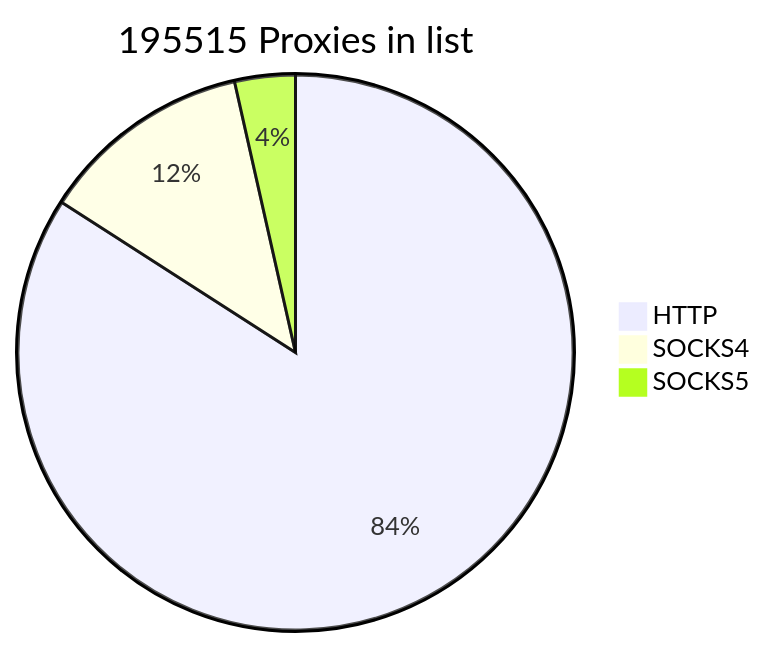
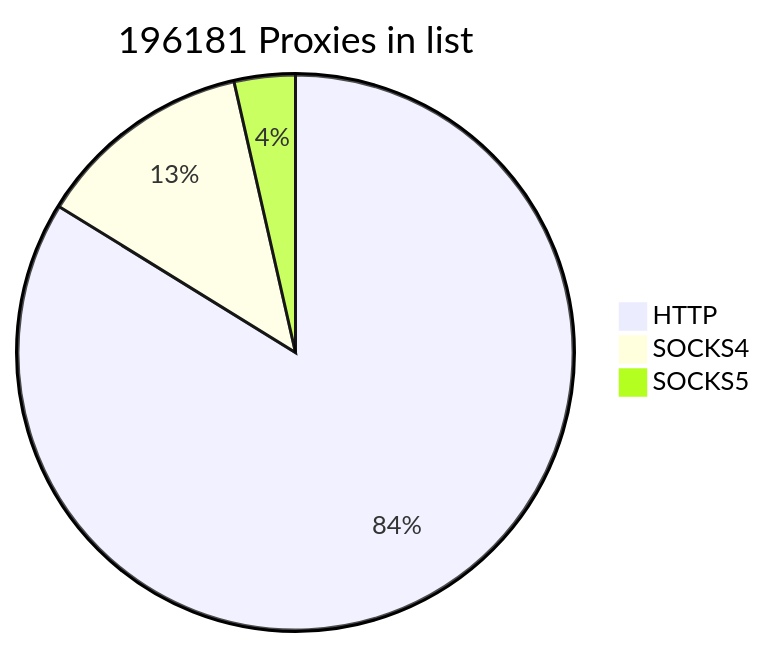
The first of 2 diagrams in README.md (cutipu/proxylist), drawn with Mermaid before and after one commit. The commit also changed other lines of this file, not shown here.

````diff
--- a/README.md
+++ b/README.md
@@ -2,7 +2,7 @@
 ```mermaid
-pie title 195515 Proxies in list
-    "HTTP" : 164405
-    "SOCKS4" : 24220
-    "SOCKS5" : 6890
+pie title 196181 Proxies in list
+    "HTTP" : 164409
+    "SOCKS4" : 24799
+    "SOCKS5" : 6973
             
 ```
````
